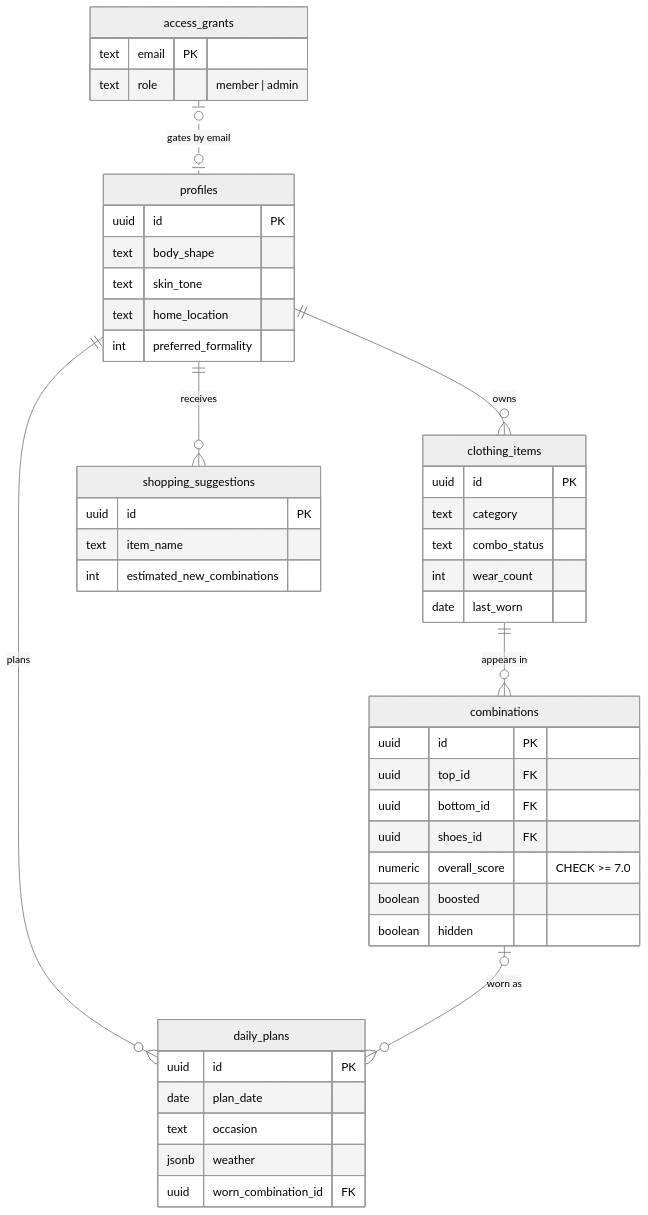
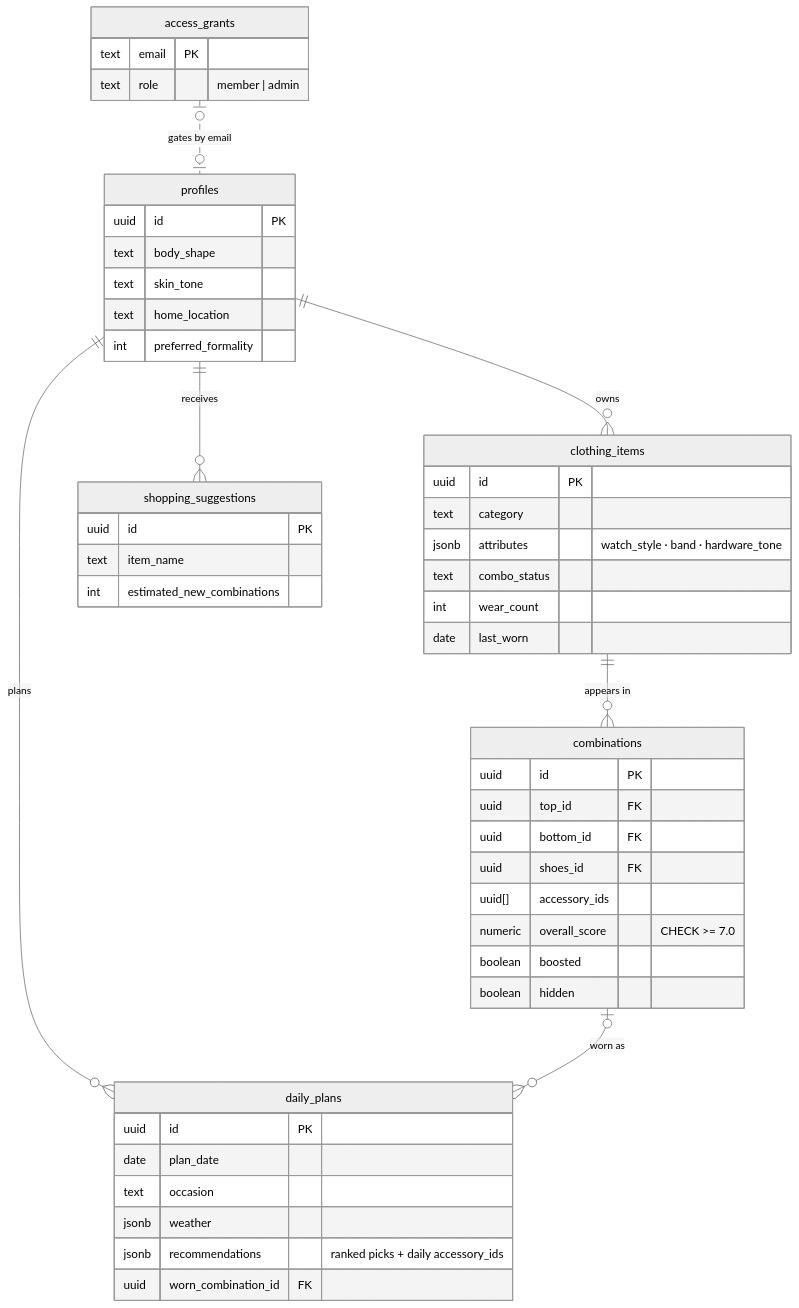
One commit to roldanalex/fashion-helper-app changed the fourth of 4 diagrams in README.md. Above: the diagram before and after it, drawn with Mermaid (neutral theme). The commit also changed other lines of this file and 40 other files, not shown here.

````diff
--- a/README.md
+++ b/README.md
@@ -98,49 +247,52 @@
 ```mermaid
 erDiagram
     profiles ||--o{ clothing_items : owns
     profiles ||--o{ daily_plans : plans
     profiles ||--o{ shopping_suggestions : receives
     clothing_items ||--o{ combinations : "appears in"
     combinations |o--o{ daily_plans : "worn as"
     access_grants |o..o| profiles : "gates by email"
 
     profiles {
         uuid id PK
         text body_shape
         text skin_tone
         text home_location
         int preferred_formality
     }
     clothing_items {
         uuid id PK
         text category
+        jsonb attributes "watch_style · band · hardware_tone"
         text combo_status
         int wear_count
         date last_worn
     }
     combinations {
         uuid id PK
         uuid top_id FK
         uuid bottom_id FK
         uuid shoes_id FK
+        uuid[] accessory_ids
         numeric overall_score "CHECK >= 7.0"
         boolean boosted
         boolean hidden
     }
     daily_plans {
         uuid id PK
         date plan_date
         text occasion
         jsonb weather
+        jsonb recommendations "ranked picks + daily accessory_ids"
         uuid worn_combination_id FK
     }
     shopping_suggestions {
         uuid id PK
         text item_name
         int estimated_new_combinations
     }
     access_grants {
         text email PK
         text role "member | admin"
     }
 ```
````
